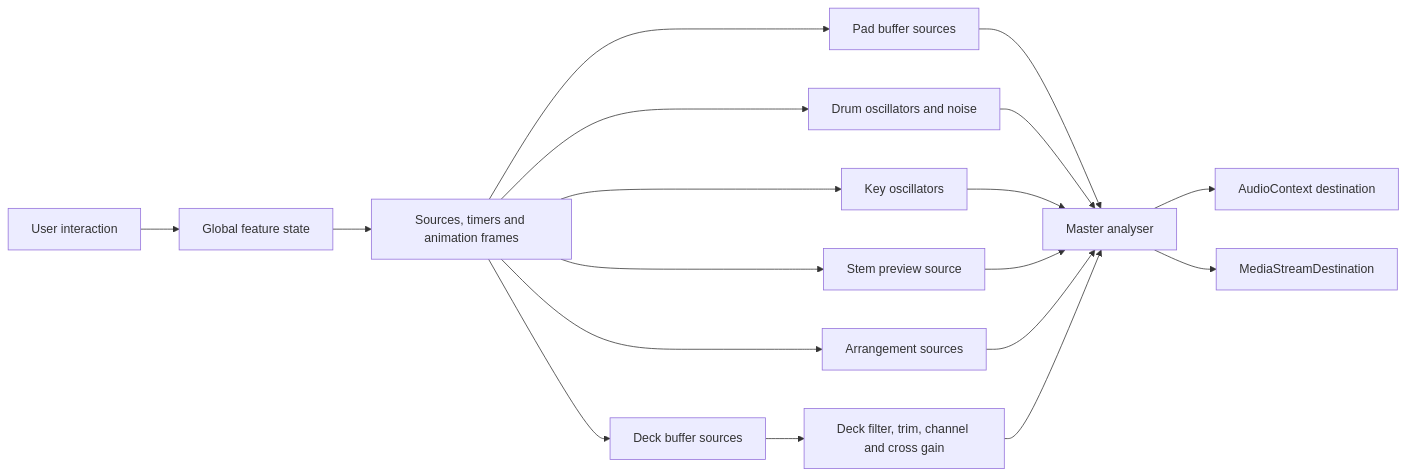
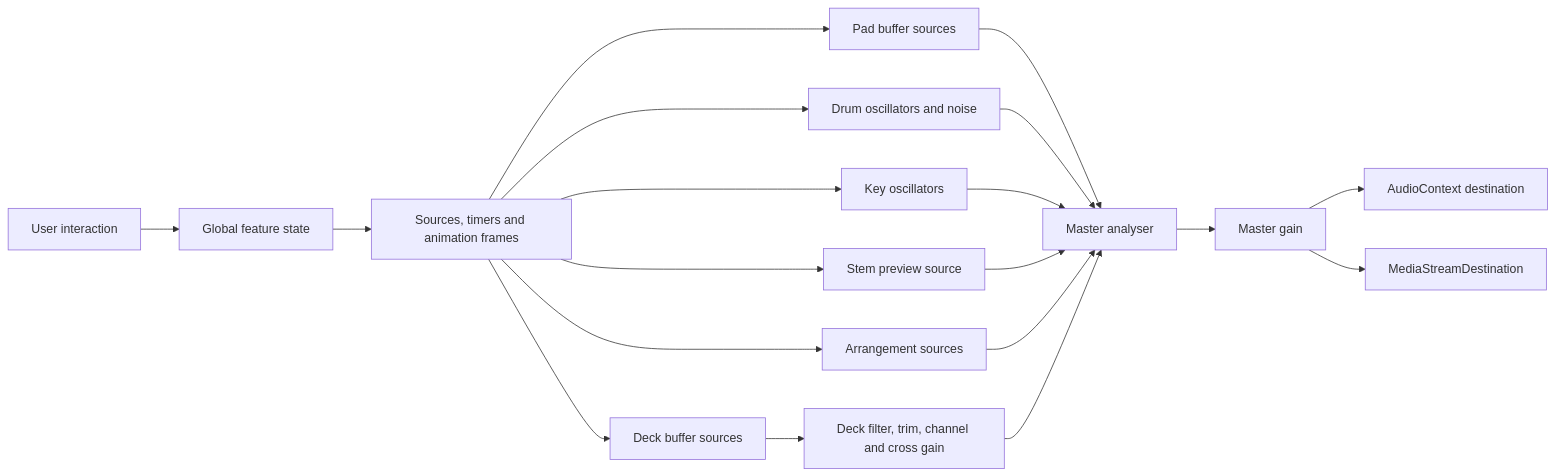
One commit to OYN-droid/DJ-Mixer-app changed the diagram in docs/03-audio-engine-map.md. Above: the diagram before and after it, drawn with Mermaid. The commit also changed other lines of this file and 8 other files, not shown here.

````diff
--- a/docs/03-audio-engine-map.md
+++ b/docs/03-audio-engine-map.md
@@ -7,20 +7,21 @@
 ```mermaid
 flowchart LR
   UI[User interaction] --> State[Global feature state]
   State --> Scheduler[Sources, timers and animation frames]
   Scheduler --> Decks[Deck buffer sources]
   Scheduler --> Pads[Pad buffer sources]
   Scheduler --> Drums[Drum oscillators and noise]
   Scheduler --> Keys[Key oscillators]
   Scheduler --> Stems[Stem preview source]
   Scheduler --> Editor[Arrangement sources]
   Decks --> DeckFX[Deck filter, trim, channel and cross gain]
   Pads --> Master[Master analyser]
   Drums --> Master
   Keys --> Master
   Stems --> Master
   Editor --> Master
   DeckFX --> Master
-  Master --> Speakers[AudioContext destination]
-  Master --> Recorder[MediaStreamDestination]
+  Master --> MasterGain[Master gain]
+  MasterGain --> Speakers[AudioContext destination]
+  MasterGain --> Recorder[MediaStreamDestination]
 ```
````
